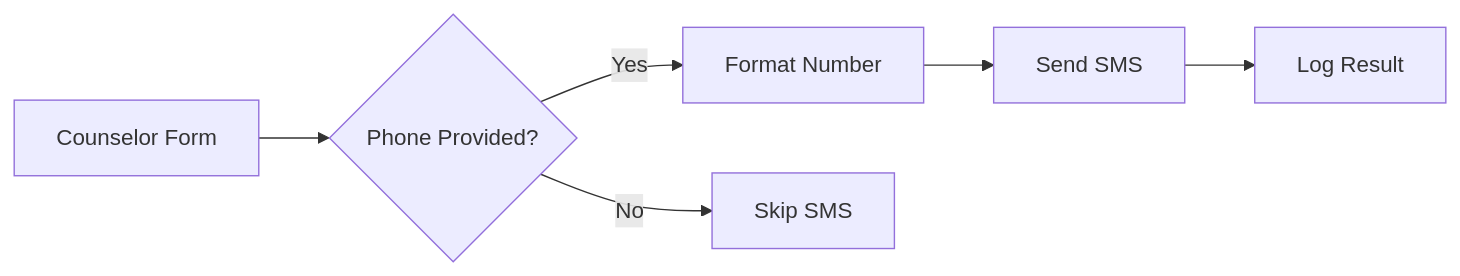
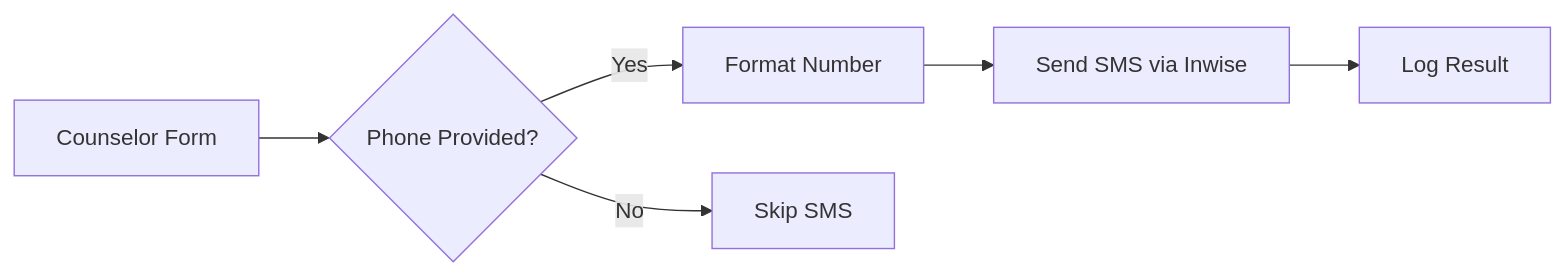
The diagram in SMS-INTEGRATION.md (Oronmail/gesher-intake), drawn with Mermaid before and after one commit. The commit also changed other lines of this file and 3 other files, not shown here.

First line of the commit message:
Update all documentation for Inwise SMS migration

````diff
--- a/SMS-INTEGRATION.md
+++ b/SMS-INTEGRATION.md
@@ -116,8 +134,8 @@
 ```mermaid
 graph LR
     A[Counselor Form] --> B{Phone Provided?}
     B -->|Yes| C[Format Number]
-    C --> D[Send SMS]
+    C --> D[Send SMS via Inwise]
     D --> E[Log Result]
     B -->|No| F[Skip SMS]
 ```
````
